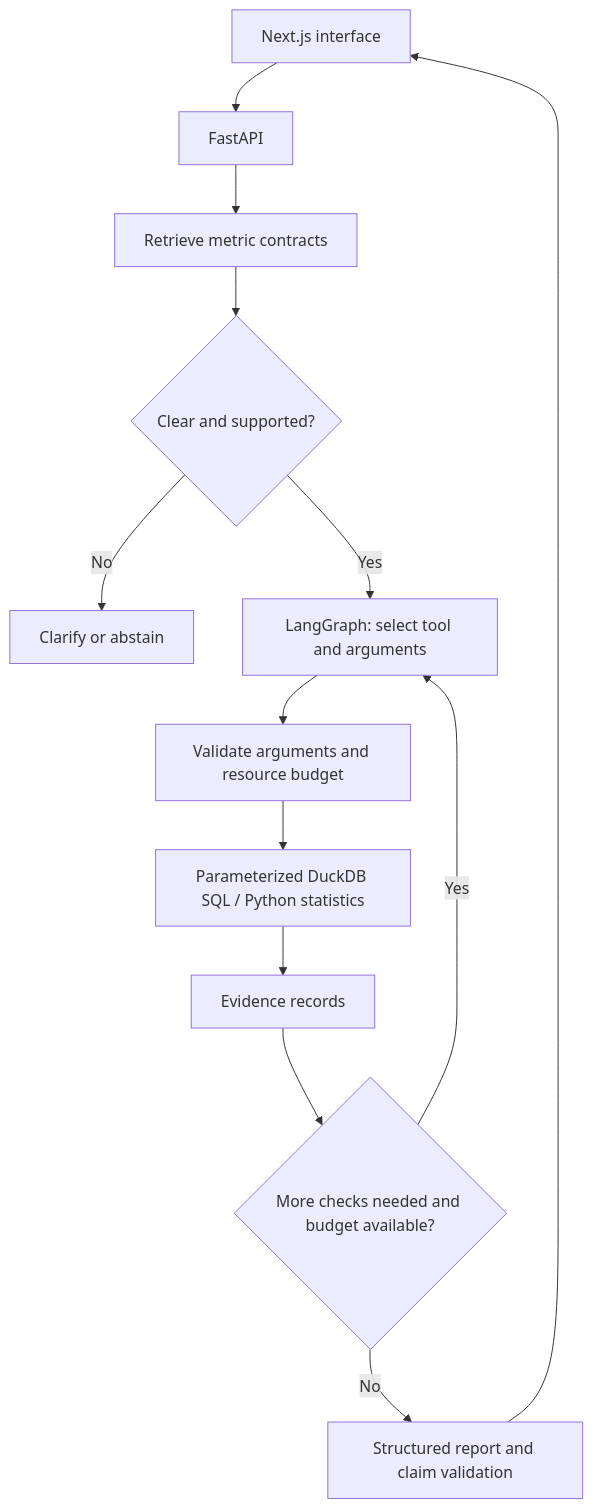
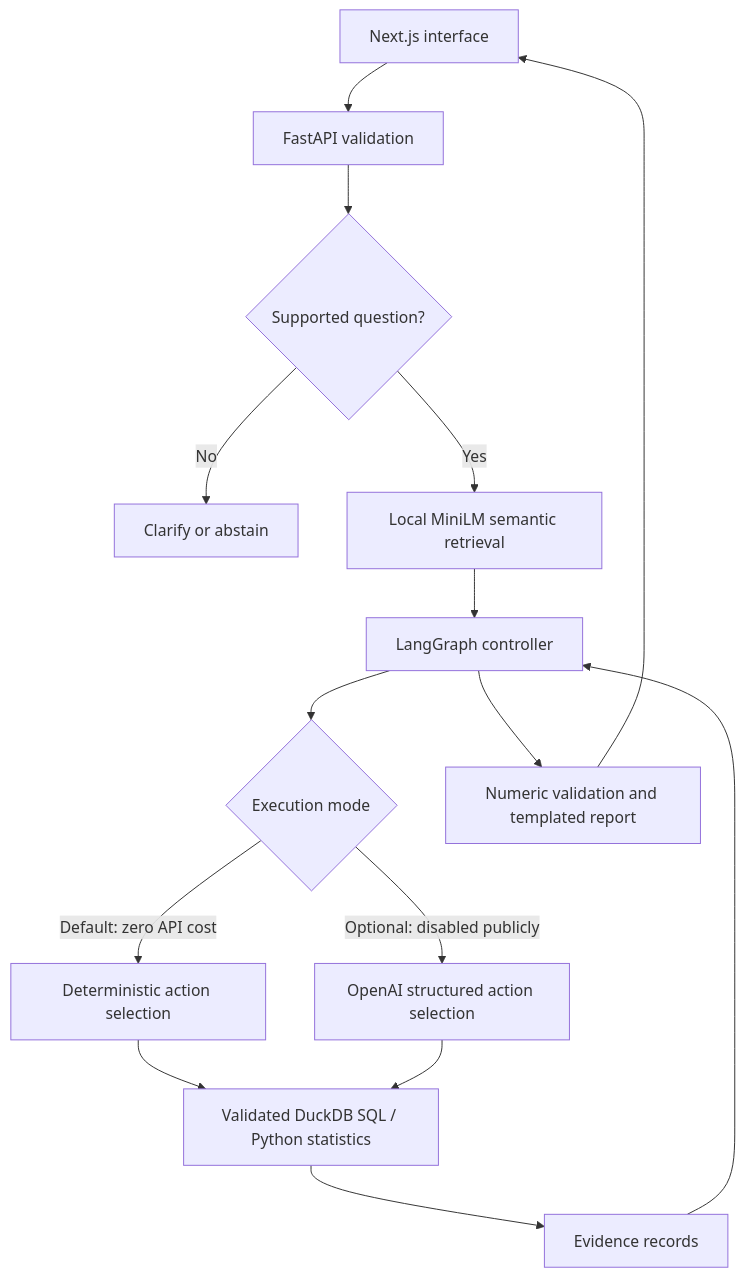
One commit to RickySun-hub/metricpilot changed the diagram in README.md. Above: the diagram before and after it, drawn with Mermaid. The commit also changed other lines of this file and 68 other files, not shown here.

````diff
--- a/README.md
+++ b/README.md
@@ -34,15 +28,17 @@
 ```mermaid
 flowchart TD
-    UI[Next.js interface] --> API[FastAPI]
-    API --> R[Retrieve metric contracts]
-    R --> V{Clear and supported?}
-    V -->|No| C[Clarify or abstain]
-    V -->|Yes| A[LangGraph: select tool and arguments]
-    A --> G[Validate arguments and resource budget]
-    G --> T[Parameterized DuckDB SQL / Python statistics]
+    UI[Next.js interface] --> API[FastAPI validation]
+    API --> B{Supported question?}
+    B -->|No| C[Clarify or abstain]
+    B -->|Yes| R[Local MiniLM semantic retrieval]
+    R --> G[LangGraph controller]
+    G --> S{Execution mode}
+    S -->|Default: zero API cost| D[Deterministic action selection]
+    S -->|Optional: disabled publicly| L[OpenAI structured action selection]
+    D --> T[Validated DuckDB SQL / Python statistics]
+    L --> T
     T --> E[Evidence records]
-    E --> N{More checks needed and budget available?}
-    N -->|Yes| A
-    N -->|No| O[Structured report and claim validation]
-    O --> UI
+    E --> G
+    G --> V[Numeric validation and templated report]
+    V --> UI
 ```
````
